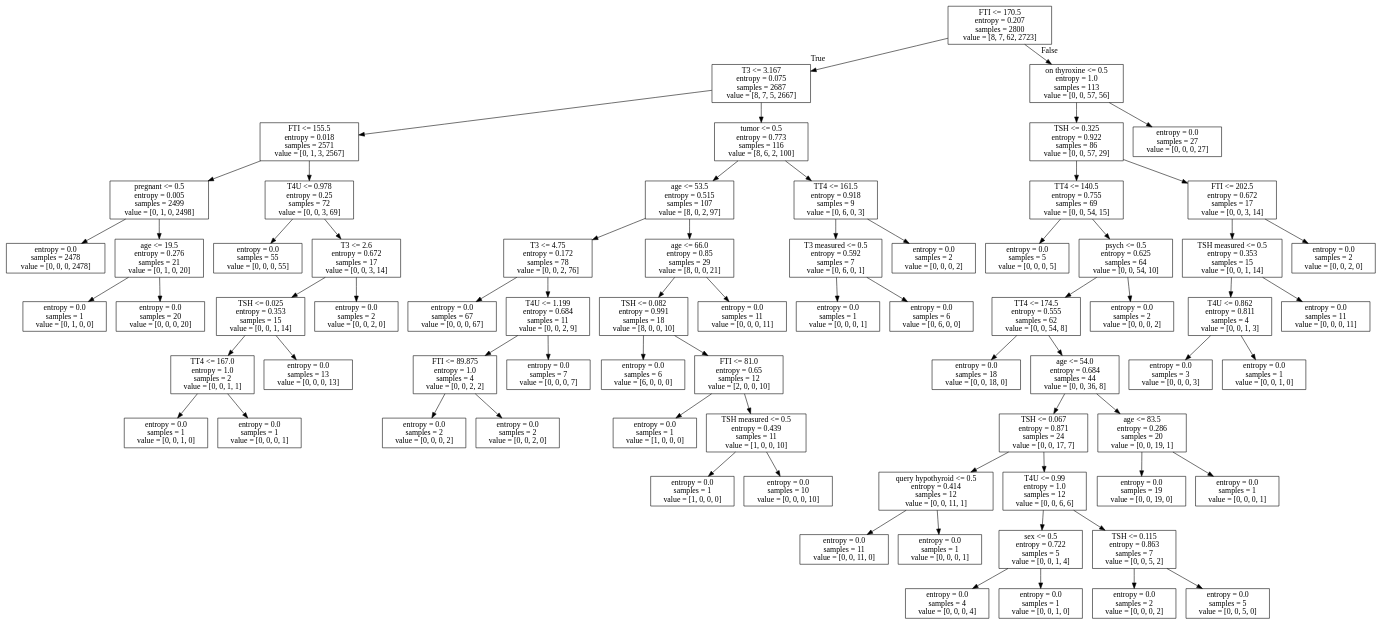
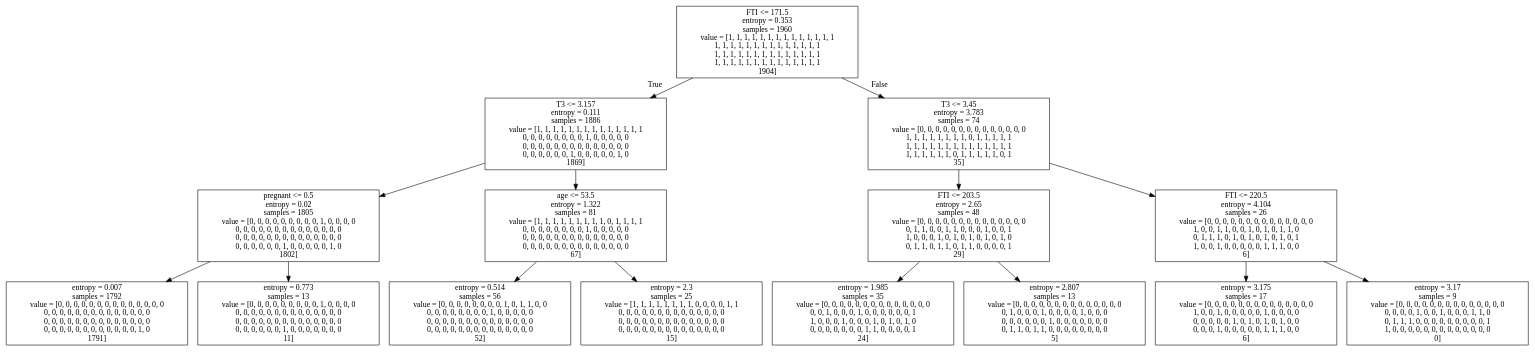
One commit to eduardosm7/data-mining changed the diagram in hiper.dot. Above: the diagram before and after it, drawn with Graphviz. The commit also changed 3 other files, not shown here.

```diff
--- a/hiper.dot
+++ b/hiper.dot
@@ -1,144 +1,32 @@
 digraph Tree {
 node [shape=box] ;
-0 [label="FTI <= 170.5\nentropy = 0.207\nsamples = 2800\nvalue = [8, 7, 62, 2723]"] ;
-1 [label="T3 <= 3.167\nentropy = 0.075\nsamples = 2687\nvalue = [8, 7, 5, 2667]"] ;
+0 [label="FTI <= 171.5\nentropy = 0.353\nsamples = 1960\nvalue = [1, 1, 1, 1, 1, 1, 1, 1, 1, 1, 1, 1, 1, 1\n1, 1, 1, 1, 1, 1, 1, 1, 1, 1, 1, 1, 1, 1\n1, 1, 1, 1, 1, 1, 1, 1, 1, 1, 1, 1, 1, 1\n1, 1, 1, 1, 1, 1, 1, 1, 1, 1, 1, 1, 1, 1\n1904]"] ;
+1 [label="T3 <= 3.157\nentropy = 0.111\nsamples = 1886\nvalue = [1, 1, 1, 1, 1, 1, 1, 1, 1, 1, 1, 1, 1, 1\n0, 0, 0, 0, 0, 0, 0, 0, 1, 0, 0, 0, 0, 0\n0, 0, 0, 0, 0, 0, 0, 0, 0, 0, 0, 0, 0, 0\n0, 0, 0, 0, 0, 0, 1, 0, 0, 0, 0, 0, 1, 0\n1869]"] ;
 0 -> 1 [labeldistance=2.5, labelangle=45, headlabel="True"] ;
-2 [label="FTI <= 155.5\nentropy = 0.018\nsamples = 2571\nvalue = [0, 1, 3, 2567]"] ;
+2 [label="pregnant <= 0.5\nentropy = 0.02\nsamples = 1805\nvalue = [0, 0, 0, 0, 0, 0, 0, 0, 0, 1, 0, 0, 0, 0\n0, 0, 0, 0, 0, 0, 0, 0, 0, 0, 0, 0, 0, 0\n0, 0, 0, 0, 0, 0, 0, 0, 0, 0, 0, 0, 0, 0\n0, 0, 0, 0, 0, 0, 1, 0, 0, 0, 0, 0, 1, 0\n1802]"] ;
 1 -> 2 ;
-3 [label="pregnant <= 0.5\nentropy = 0.005\nsamples = 2499\nvalue = [0, 1, 0, 2498]"] ;
+3 [label="entropy = 0.007\nsamples = 1792\nvalue = [0, 0, 0, 0, 0, 0, 0, 0, 0, 0, 0, 0, 0, 0\n0, 0, 0, 0, 0, 0, 0, 0, 0, 0, 0, 0, 0, 0\n0, 0, 0, 0, 0, 0, 0, 0, 0, 0, 0, 0, 0, 0\n0, 0, 0, 0, 0, 0, 0, 0, 0, 0, 0, 0, 1, 0\n1791]"] ;
 2 -> 3 ;
-4 [label="entropy = 0.0\nsamples = 2478\nvalue = [0, 0, 0, 2478]"] ;
-3 -> 4 ;
-5 [label="age <= 19.5\nentropy = 0.276\nsamples = 21\nvalue = [0, 1, 0, 20]"] ;
-3 -> 5 ;
-6 [label="entropy = 0.0\nsamples = 1\nvalue = [0, 1, 0, 0]"] ;
+4 [label="entropy = 0.773\nsamples = 13\nvalue = [0, 0, 0, 0, 0, 0, 0, 0, 0, 1, 0, 0, 0, 0\n0, 0, 0, 0, 0, 0, 0, 0, 0, 0, 0, 0, 0, 0\n0, 0, 0, 0, 0, 0, 0, 0, 0, 0, 0, 0, 0, 0\n0, 0, 0, 0, 0, 0, 1, 0, 0, 0, 0, 0, 0, 0\n11]"] ;
+2 -> 4 ;
+5 [label="age <= 53.5\nentropy = 1.322\nsamples = 81\nvalue = [1, 1, 1, 1, 1, 1, 1, 1, 1, 0, 1, 1, 1, 1\n0, 0, 0, 0, 0, 0, 0, 0, 1, 0, 0, 0, 0, 0\n0, 0, 0, 0, 0, 0, 0, 0, 0, 0, 0, 0, 0, 0\n0, 0, 0, 0, 0, 0, 0, 0, 0, 0, 0, 0, 0, 0\n67]"] ;
+1 -> 5 ;
+6 [label="entropy = 0.514\nsamples = 56\nvalue = [0, 0, 0, 0, 0, 0, 0, 0, 1, 0, 1, 1, 0, 0\n0, 0, 0, 0, 0, 0, 0, 0, 1, 0, 0, 0, 0, 0\n0, 0, 0, 0, 0, 0, 0, 0, 0, 0, 0, 0, 0, 0\n0, 0, 0, 0, 0, 0, 0, 0, 0, 0, 0, 0, 0, 0\n52]"] ;
 5 -> 6 ;
-7 [label="entropy = 0.0\nsamples = 20\nvalue = [0, 0, 0, 20]"] ;
+7 [label="entropy = 2.3\nsamples = 25\nvalue = [1, 1, 1, 1, 1, 1, 1, 1, 0, 0, 0, 0, 1, 1\n0, 0, 0, 0, 0, 0, 0, 0, 0, 0, 0, 0, 0, 0\n0, 0, 0, 0, 0, 0, 0, 0, 0, 0, 0, 0, 0, 0\n0, 0, 0, 0, 0, 0, 0, 0, 0, 0, 0, 0, 0, 0\n15]"] ;
 5 -> 7 ;
-8 [label="T4U <= 0.978\nentropy = 0.25\nsamples = 72\nvalue = [0, 0, 3, 69]"] ;
-2 -> 8 ;
-9 [label="entropy = 0.0\nsamples = 55\nvalue = [0, 0, 0, 55]"] ;
+8 [label="T3 <= 3.45\nentropy = 3.783\nsamples = 74\nvalue = [0, 0, 0, 0, 0, 0, 0, 0, 0, 0, 0, 0, 0, 0\n1, 1, 1, 1, 1, 1, 1, 1, 0, 1, 1, 1, 1, 1\n1, 1, 1, 1, 1, 1, 1, 1, 1, 1, 1, 1, 1, 1\n1, 1, 1, 1, 1, 1, 0, 1, 1, 1, 1, 1, 0, 1\n35]"] ;
+0 -> 8 [labeldistance=2.5, labelangle=-45, headlabel="False"] ;
+9 [label="FTI <= 203.5\nentropy = 2.65\nsamples = 48\nvalue = [0, 0, 0, 0, 0, 0, 0, 0, 0, 0, 0, 0, 0, 0\n0, 1, 1, 0, 0, 1, 1, 0, 0, 0, 1, 0, 0, 1\n1, 0, 0, 0, 1, 0, 1, 0, 1, 0, 1, 0, 1, 0\n0, 1, 1, 0, 1, 1, 0, 1, 1, 0, 0, 0, 0, 1\n29]"] ;
 8 -> 9 ;
-10 [label="T3 <= 2.6\nentropy = 0.672\nsamples = 17\nvalue = [0, 0, 3, 14]"] ;
-8 -> 10 ;
-11 [label="TSH <= 0.025\nentropy = 0.353\nsamples = 15\nvalue = [0, 0, 1, 14]"] ;
-10 -> 11 ;
-12 [label="TT4 <= 167.0\nentropy = 1.0\nsamples = 2\nvalue = [0, 0, 1, 1]"] ;
-11 -> 12 ;
-13 [label="entropy = 0.0\nsamples = 1\nvalue = [0, 0, 1, 0]"] ;
+10 [label="entropy = 1.985\nsamples = 35\nvalue = [0, 0, 0, 0, 0, 0, 0, 0, 0, 0, 0, 0, 0, 0\n0, 0, 1, 0, 0, 0, 1, 0, 0, 0, 0, 0, 0, 1\n1, 0, 0, 0, 1, 0, 0, 0, 1, 0, 1, 0, 1, 0\n0, 0, 0, 0, 0, 0, 0, 1, 1, 0, 0, 0, 0, 1\n24]"] ;
+9 -> 10 ;
+11 [label="entropy = 2.807\nsamples = 13\nvalue = [0, 0, 0, 0, 0, 0, 0, 0, 0, 0, 0, 0, 0, 0\n0, 1, 0, 0, 0, 1, 0, 0, 0, 0, 1, 0, 0, 0\n0, 0, 0, 0, 0, 0, 1, 0, 0, 0, 0, 0, 0, 0\n0, 1, 1, 0, 1, 1, 0, 0, 0, 0, 0, 0, 0, 0\n5]"] ;
+9 -> 11 ;
+12 [label="FTI <= 220.5\nentropy = 4.104\nsamples = 26\nvalue = [0, 0, 0, 0, 0, 0, 0, 0, 0, 0, 0, 0, 0, 0\n1, 0, 0, 1, 1, 0, 0, 1, 0, 1, 0, 1, 1, 0\n0, 1, 1, 1, 0, 1, 0, 1, 0, 1, 0, 1, 0, 1\n1, 0, 0, 1, 0, 0, 0, 0, 0, 1, 1, 1, 0, 0\n6]"] ;
+8 -> 12 ;
+13 [label="entropy = 3.175\nsamples = 17\nvalue = [0, 0, 0, 0, 0, 0, 0, 0, 0, 0, 0, 0, 0, 0\n1, 0, 0, 1, 0, 0, 0, 0, 0, 1, 0, 0, 0, 0\n0, 0, 0, 0, 0, 1, 0, 1, 0, 1, 0, 1, 0, 0\n0, 0, 0, 1, 0, 0, 0, 0, 0, 1, 1, 1, 0, 0\n6]"] ;
 12 -> 13 ;
-14 [label="entropy = 0.0\nsamples = 1\nvalue = [0, 0, 0, 1]"] ;
+14 [label="entropy = 3.17\nsamples = 9\nvalue = [0, 0, 0, 0, 0, 0, 0, 0, 0, 0, 0, 0, 0, 0\n0, 0, 0, 0, 1, 0, 0, 1, 0, 0, 0, 1, 1, 0\n0, 1, 1, 1, 0, 0, 0, 0, 0, 0, 0, 0, 0, 1\n1, 0, 0, 0, 0, 0, 0, 0, 0, 0, 0, 0, 0, 0\n0]"] ;
 12 -> 14 ;
-15 [label="entropy = 0.0\nsamples = 13\nvalue = [0, 0, 0, 13]"] ;
-11 -> 15 ;
-16 [label="entropy = 0.0\nsamples = 2\nvalue = [0, 0, 2, 0]"] ;
-10 -> 16 ;
-17 [label="tumor <= 0.5\nentropy = 0.773\nsamples = 116\nvalue = [8, 6, 2, 100]"] ;
-1 -> 17 ;
-18 [label="age <= 53.5\nentropy = 0.515\nsamples = 107\nvalue = [8, 0, 2, 97]"] ;
-17 -> 18 ;
-19 [label="T3 <= 4.75\nentropy = 0.172\nsamples = 78\nvalue = [0, 0, 2, 76]"] ;
-18 -> 19 ;
-20 [label="entropy = 0.0\nsamples = 67\nvalue = [0, 0, 0, 67]"] ;
-19 -> 20 ;
-21 [label="T4U <= 1.199\nentropy = 0.684\nsamples = 11\nvalue = [0, 0, 2, 9]"] ;
-19 -> 21 ;
-22 [label="FTI <= 89.875\nentropy = 1.0\nsamples = 4\nvalue = [0, 0, 2, 2]"] ;
-21 -> 22 ;
-23 [label="entropy = 0.0\nsamples = 2\nvalue = [0, 0, 0, 2]"] ;
-22 -> 23 ;
-24 [label="entropy = 0.0\nsamples = 2\nvalue = [0, 0, 2, 0]"] ;
-22 -> 24 ;
-25 [label="entropy = 0.0\nsamples = 7\nvalue = [0, 0, 0, 7]"] ;
-21 -> 25 ;
-26 [label="age <= 66.0\nentropy = 0.85\nsamples = 29\nvalue = [8, 0, 0, 21]"] ;
-18 -> 26 ;
-27 [label="TSH <= 0.082\nentropy = 0.991\nsamples = 18\nvalue = [8, 0, 0, 10]"] ;
-26 -> 27 ;
-28 [label="entropy = 0.0\nsamples = 6\nvalue = [6, 0, 0, 0]"] ;
-27 -> 28 ;
-29 [label="FTI <= 81.0\nentropy = 0.65\nsamples = 12\nvalue = [2, 0, 0, 10]"] ;
-27 -> 29 ;
-30 [label="entropy = 0.0\nsamples = 1\nvalue = [1, 0, 0, 0]"] ;
-29 -> 30 ;
-31 [label="TSH measured <= 0.5\nentropy = 0.439\nsamples = 11\nvalue = [1, 0, 0, 10]"] ;
-29 -> 31 ;
-32 [label="entropy = 0.0\nsamples = 1\nvalue = [1, 0, 0, 0]"] ;
-31 -> 32 ;
-33 [label="entropy = 0.0\nsamples = 10\nvalue = [0, 0, 0, 10]"] ;
-31 -> 33 ;
-34 [label="entropy = 0.0\nsamples = 11\nvalue = [0, 0, 0, 11]"] ;
-26 -> 34 ;
-35 [label="TT4 <= 161.5\nentropy = 0.918\nsamples = 9\nvalue = [0, 6, 0, 3]"] ;
-17 -> 35 ;
-36 [label="T3 measured <= 0.5\nentropy = 0.592\nsamples = 7\nvalue = [0, 6, 0, 1]"] ;
-35 -> 36 ;
-37 [label="entropy = 0.0\nsamples = 1\nvalue = [0, 0, 0, 1]"] ;
-36 -> 37 ;
-38 [label="entropy = 0.0\nsamples = 6\nvalue = [0, 6, 0, 0]"] ;
-36 -> 38 ;
-39 [label="entropy = 0.0\nsamples = 2\nvalue = [0, 0, 0, 2]"] ;
-35 -> 39 ;
-40 [label="on thyroxine <= 0.5\nentropy = 1.0\nsamples = 113\nvalue = [0, 0, 57, 56]"] ;
-0 -> 40 [labeldistance=2.5, labelangle=-45, headlabel="False"] ;
-41 [label="TSH <= 0.325\nentropy = 0.922\nsamples = 86\nvalue = [0, 0, 57, 29]"] ;
-40 -> 41 ;
-42 [label="TT4 <= 140.5\nentropy = 0.755\nsamples = 69\nvalue = [0, 0, 54, 15]"] ;
-41 -> 42 ;
-43 [label="entropy = 0.0\nsamples = 5\nvalue = [0, 0, 0, 5]"] ;
-42 -> 43 ;
-44 [label="psych <= 0.5\nentropy = 0.625\nsamples = 64\nvalue = [0, 0, 54, 10]"] ;
-42 -> 44 ;
-45 [label="TT4 <= 174.5\nentropy = 0.555\nsamples = 62\nvalue = [0, 0, 54, 8]"] ;
-44 -> 45 ;
-46 [label="entropy = 0.0\nsamples = 18\nvalue = [0, 0, 18, 0]"] ;
-45 -> 46 ;
-47 [label="age <= 54.0\nentropy = 0.684\nsamples = 44\nvalue = [0, 0, 36, 8]"] ;
-45 -> 47 ;
-48 [label="TSH <= 0.067\nentropy = 0.871\nsamples = 24\nvalue = [0, 0, 17, 7]"] ;
-47 -> 48 ;
-49 [label="query hypothyroid <= 0.5\nentropy = 0.414\nsamples = 12\nvalue = [0, 0, 11, 1]"] ;
-48 -> 49 ;
-50 [label="entropy = 0.0\nsamples = 11\nvalue = [0, 0, 11, 0]"] ;
-49 -> 50 ;
-51 [label="entropy = 0.0\nsamples = 1\nvalue = [0, 0, 0, 1]"] ;
-49 -> 51 ;
-52 [label="T4U <= 0.99\nentropy = 1.0\nsamples = 12\nvalue = [0, 0, 6, 6]"] ;
-48 -> 52 ;
-53 [label="sex <= 0.5\nentropy = 0.722\nsamples = 5\nvalue = [0, 0, 1, 4]"] ;
-52 -> 53 ;
-54 [label="entropy = 0.0\nsamples = 4\nvalue = [0, 0, 0, 4]"] ;
-53 -> 54 ;
-55 [label="entropy = 0.0\nsamples = 1\nvalue = [0, 0, 1, 0]"] ;
-53 -> 55 ;
-56 [label="TSH <= 0.115\nentropy = 0.863\nsamples = 7\nvalue = [0, 0, 5, 2]"] ;
-52 -> 56 ;
-57 [label="entropy = 0.0\nsamples = 2\nvalue = [0, 0, 0, 2]"] ;
-56 -> 57 ;
-58 [label="entropy = 0.0\nsamples = 5\nvalue = [0, 0, 5, 0]"] ;
-56 -> 58 ;
-59 [label="age <= 83.5\nentropy = 0.286\nsamples = 20\nvalue = [0, 0, 19, 1]"] ;
-47 -> 59 ;
-60 [label="entropy = 0.0\nsamples = 19\nvalue = [0, 0, 19, 0]"] ;
-59 -> 60 ;
-61 [label="entropy = 0.0\nsamples = 1\nvalue = [0, 0, 0, 1]"] ;
-59 -> 61 ;
-62 [label="entropy = 0.0\nsamples = 2\nvalue = [0, 0, 0, 2]"] ;
-44 -> 62 ;
-63 [label="FTI <= 202.5\nentropy = 0.672\nsamples = 17\nvalue = [0, 0, 3, 14]"] ;
-41 -> 63 ;
-64 [label="TSH measured <= 0.5\nentropy = 0.353\nsamples = 15\nvalue = [0, 0, 1, 14]"] ;
-63 -> 64 ;
-65 [label="T4U <= 0.862\nentropy = 0.811\nsamples = 4\nvalue = [0, 0, 1, 3]"] ;
-64 -> 65 ;
-66 [label="entropy = 0.0\nsamples = 3\nvalue = [0, 0, 0, 3]"] ;
-65 -> 66 ;
-67 [label="entropy = 0.0\nsamples = 1\nvalue = [0, 0, 1, 0]"] ;
-65 -> 67 ;
-68 [label="entropy = 0.0\nsamples = 11\nvalue = [0, 0, 0, 11]"] ;
-64 -> 68 ;
-69 [label="entropy = 0.0\nsamples = 2\nvalue = [0, 0, 2, 0]"] ;
-63 -> 69 ;
-70 [label="entropy = 0.0\nsamples = 27\nvalue = [0, 0, 0, 27]"] ;
-40 -> 70 ;
 }
```
